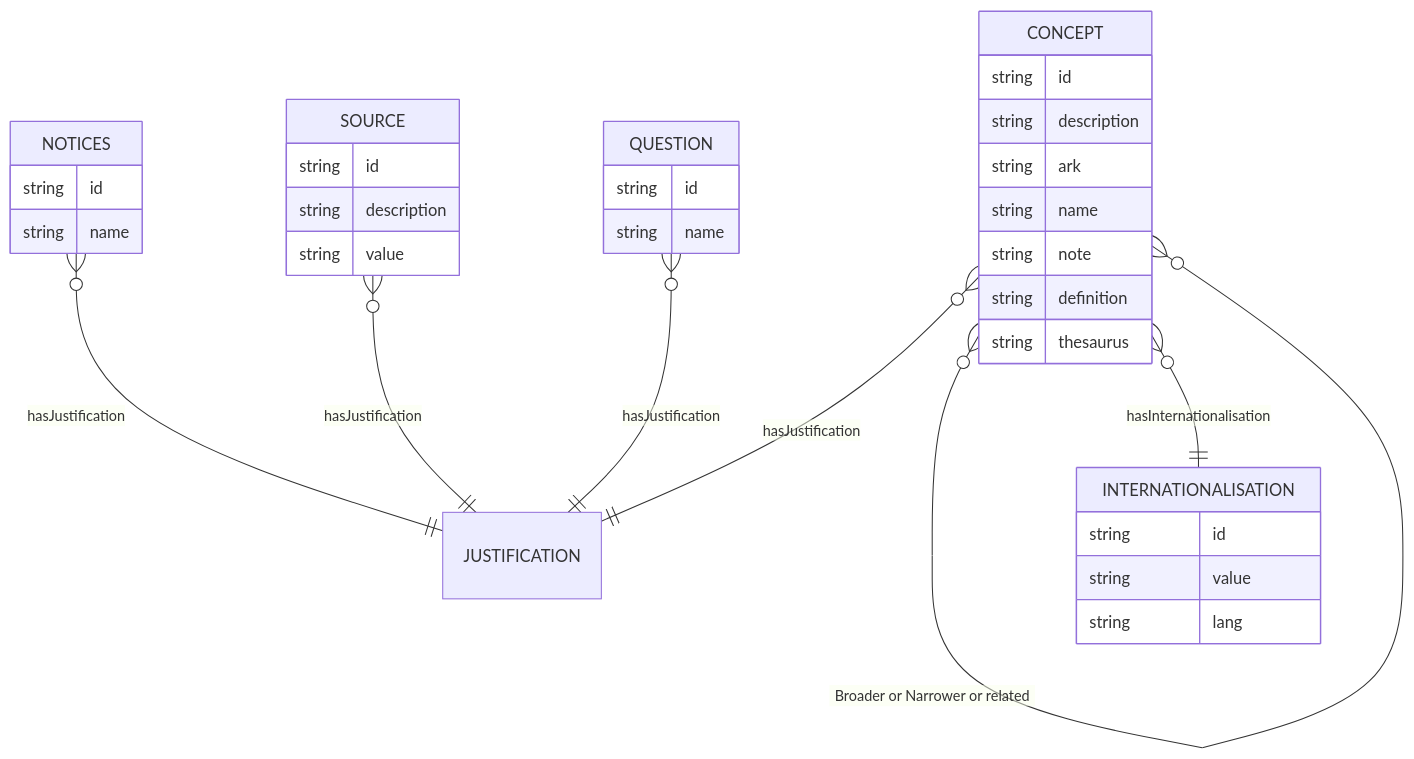
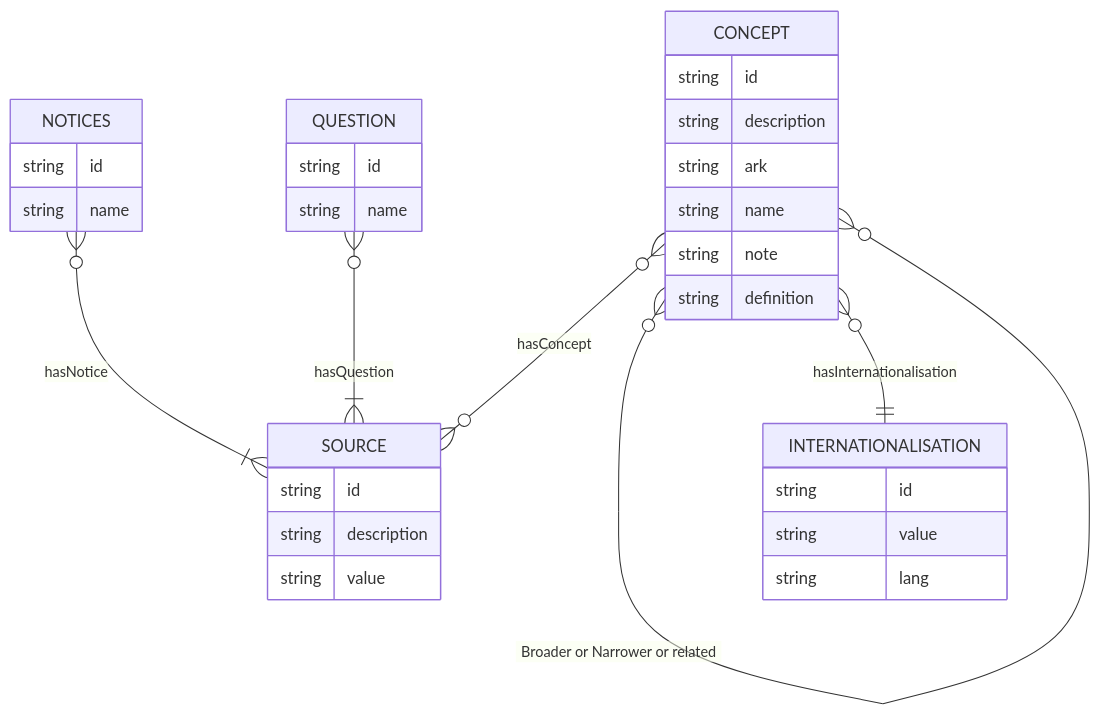
The diagram in documentation/schema.mmd (CNRS-Teatime/TT_Linking), drawn with Mermaid before and after one commit. The commit also changed 1 other file, not shown here.

```diff
--- a/documentation/schema.mmd
+++ b/documentation/schema.mmd
@@ -1,44 +1,38 @@
 erDiagram
-    NOTICES }o--|| JUSTIFICATION : hasJustification
-    CONCEPT }o--|| JUSTIFICATION : hasJustification
-    SOURCE }o--|| JUSTIFICATION : hasJustification
-    QUESTION }o--|| JUSTIFICATION : hasJustification
+    NOTICES }o--|{ SOURCE : hasNotice
+    CONCEPT }o--o{ SOURCE : hasConcept
+    QUESTION }o--|{ SOURCE : hasQuestion
 
     CONCEPT }o--o{ CONCEPT : "Broader or Narrower or related"
 
     CONCEPT }o--|| INTERNATIONALISATION : hasInternationalisation
 
     SOURCE {
         string id
         string description
         string value
     }
 
     NOTICES {
         string id
         string name
     }
 
     QUESTION {
         string id
         string name
     }
 
     CONCEPT {
         string id
         string description
         string ark
         string name
         string note
         string definition
-        string thesaurus
     }
-
-    JUSTIFICATION {
-    }
-
     INTERNATIONALISATION {
         string id
         string value
         string lang
     }
```
